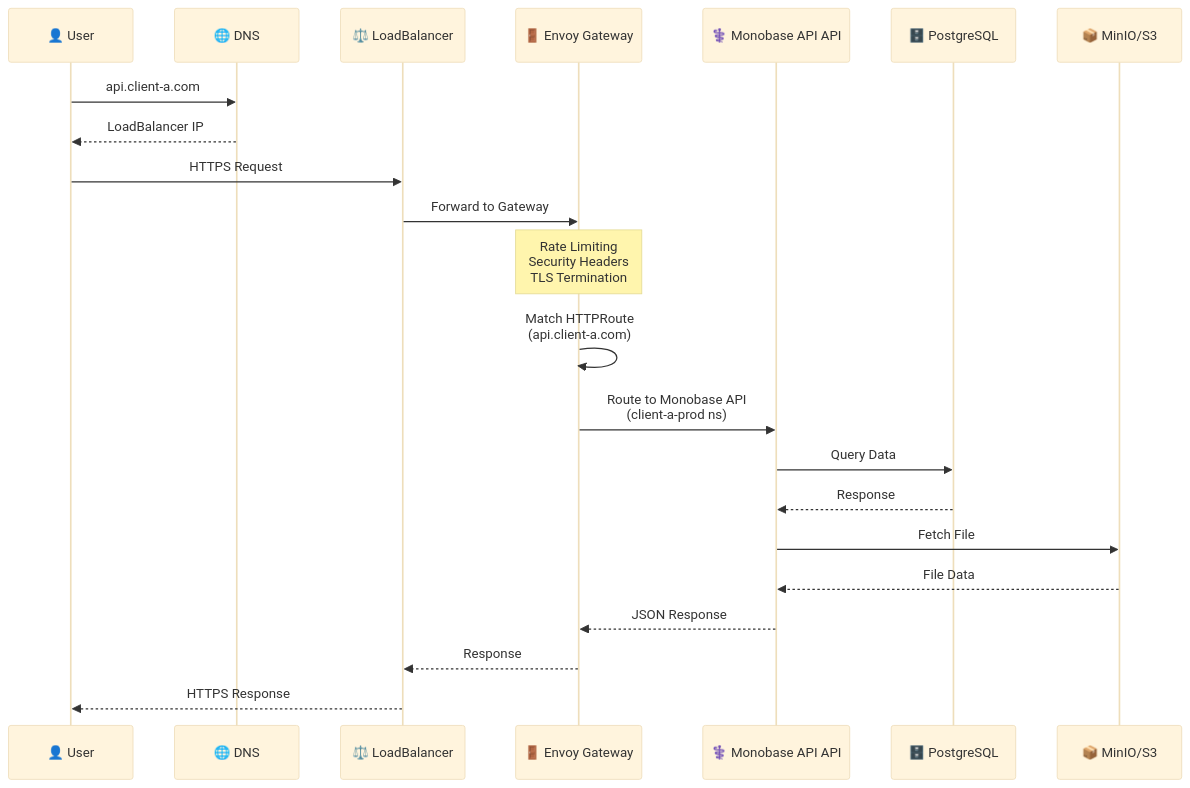
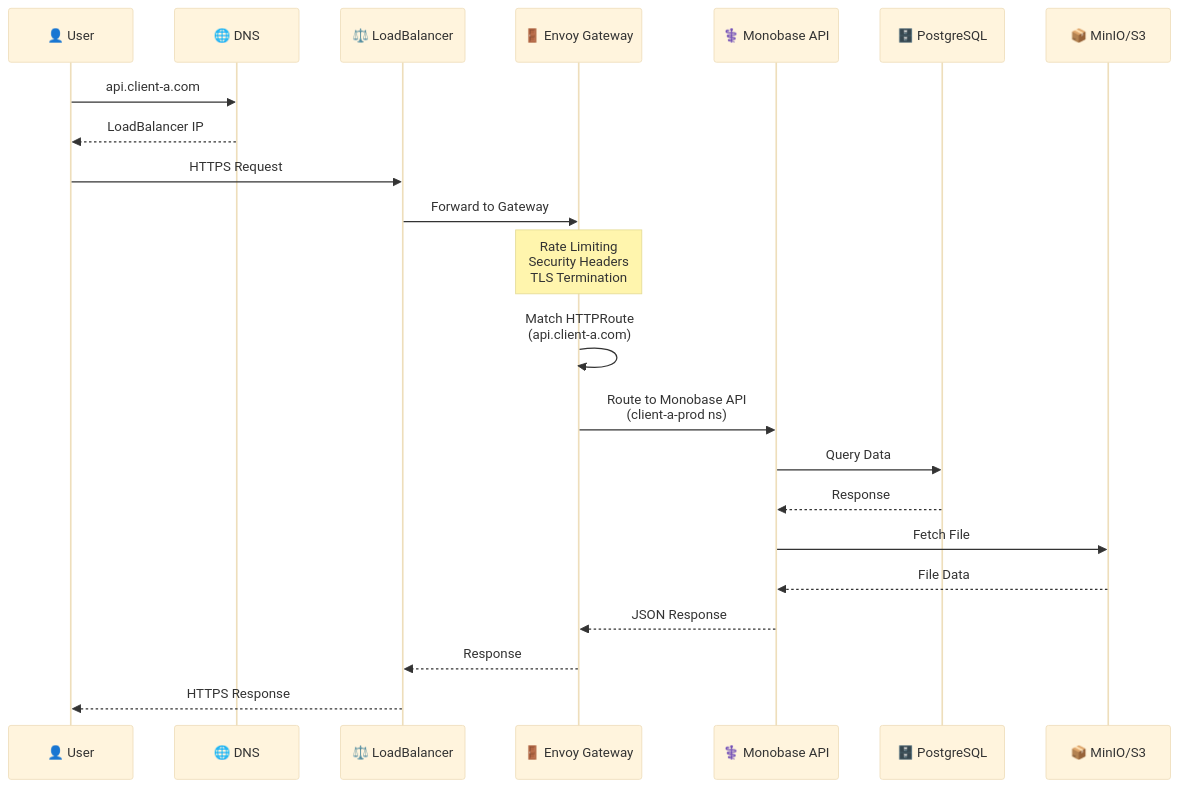
The second of 3 diagrams in docs/architecture/ARCHITECTURE.md (mycurelabs/monobase-infra), drawn with Mermaid (base theme) before and after one commit. The commit also changed other lines of this file and 6 other files, not shown here.

First line of the commit message:
docs: update ARCHITECTURE.md to fix stale content

````diff
--- a/docs/architecture/ARCHITECTURE.md
+++ b/docs/architecture/ARCHITECTURE.md
@@ -114,25 +114,25 @@
 ```mermaid
 sequenceDiagram
     participant U as 👤 User
     participant DNS as 🌐 DNS
     participant LB as ⚖️ LoadBalancer
     participant GW as 🚪 Envoy Gateway
-    participant API as ⚕️ Monobase API API
+    participant API as ⚕️ Monobase API
     participant DB as 🗄️ PostgreSQL
     participant S3 as 📦 MinIO/S3
     
     U->>DNS: api.client-a.com
     DNS-->>U: LoadBalancer IP
     U->>LB: HTTPS Request
     LB->>GW: Forward to Gateway
     Note over GW: Rate Limiting<br/>Security Headers<br/>TLS Termination
     GW->>GW: Match HTTPRoute<br/>(api.client-a.com)
     GW->>API: Route to Monobase API<br/>(client-a-prod ns)
     API->>DB: Query Data
     DB-->>API: Response
     API->>S3: Fetch File
     S3-->>API: File Data
     API-->>GW: JSON Response
     GW-->>LB: Response
     LB-->>U: HTTPS Response
 ```
````
